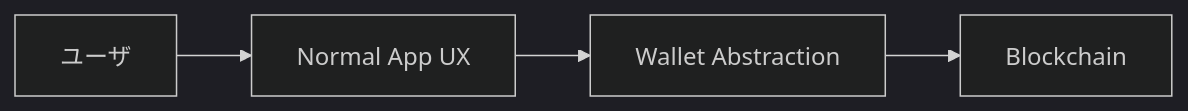
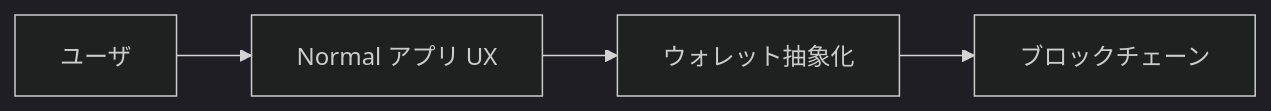
One commit to ShigeichiroYamasaki/creator-first-platform changed the ninth of 27 diagrams in docs/whitepaper/04-platform-architecture.md. Above: the diagram before and after it, drawn with Mermaid (dark theme). The commit also changed other lines of this file and 72 other files, not shown here.

````diff
--- a/docs/whitepaper/04-platform-architecture.md
+++ b/docs/whitepaper/04-platform-architecture.md
@@ -338,11 +338,11 @@
 ```mermaid
 flowchart LR
     USER[ユーザ]
-    UX[Normal App UX]
-    WALLET[Wallet Abstraction]
-    CHAIN[Blockchain]
+    UX[Normal アプリ UX]
+    WALLET[ウォレット抽象化]
+    CHAIN[ブロックチェーン]
 
     USER --> UX
     UX --> WALLET
     WALLET --> CHAIN
 ```
````
